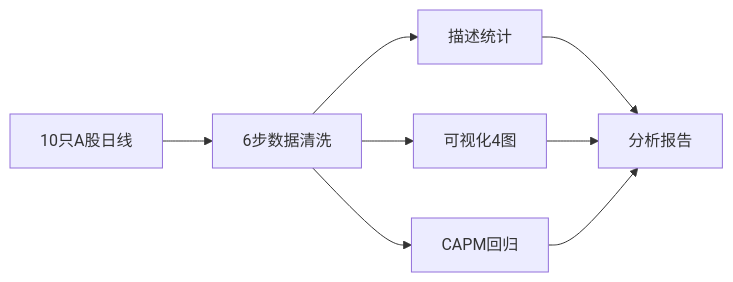
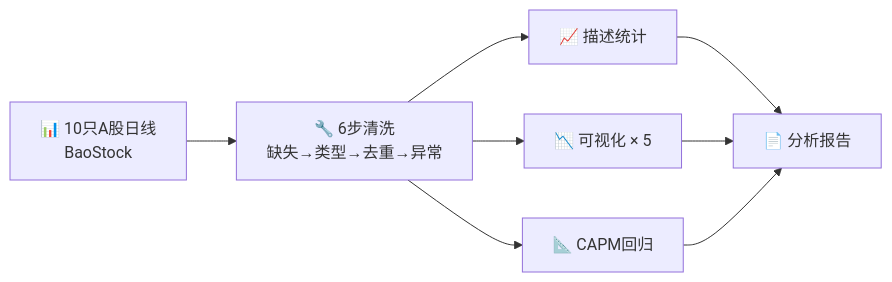
Before and after one commit to xubodong/dshw-p01: the diagram in index.qmd, drawn with Mermaid. The commit also changed other lines of this file and 8 other files, not shown here.

````diff
--- a/index.qmd
+++ b/index.qmd
@@ -100,10 +132,10 @@
 ```{mermaid}
 graph LR
-    A[10只A股日线] --> B[6步数据清洗]
-    B --> C[描述统计]
-    B --> D[可视化4图]
-    B --> E[CAPM回归]
-    C --> F[分析报告]
+    A["📊 10只A股日线<br/>BaoStock"] --> B["🔧 6步清洗<br/>缺失→类型→去重→异常"]
+    B --> C["📈 描述统计"]
+    B --> D["📉 可视化 × 5"]
+    B --> E["📐 CAPM回归"]
+    C --> F["📄 分析报告"]
     D --> F
     E --> F
 ```
````
